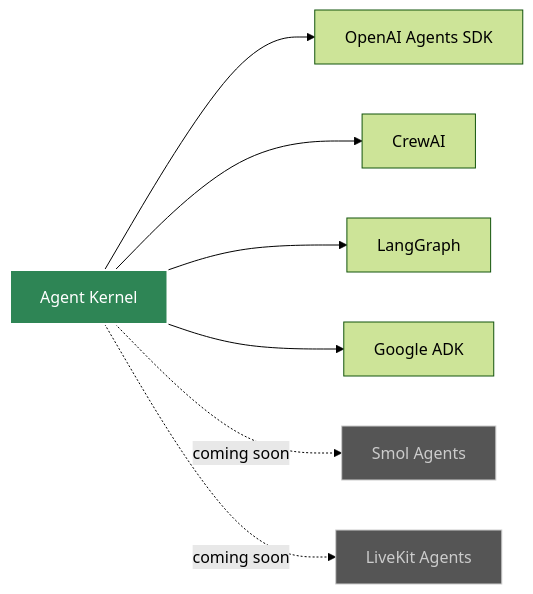
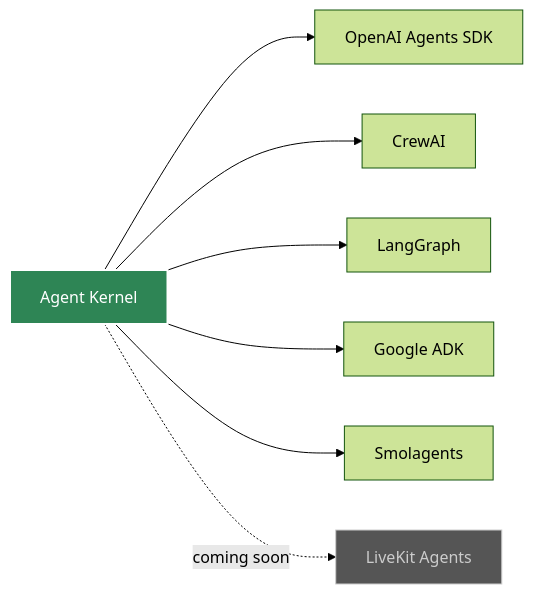
One commit to yaalalabs/agent-kernel changed the diagram in docs/docs/frameworks/overview.md. Above: the diagram before and after it, drawn with Mermaid (forest theme). The commit also changed other lines of this file and 37 other files, not shown here.

````diff
--- a/docs/docs/frameworks/overview.md
+++ b/docs/docs/frameworks/overview.md
@@ -11,13 +11,12 @@
 ```mermaid
 graph LR
     A[Agent Kernel] --> B[OpenAI Agents SDK]
     A --> C[CrewAI]
     A --> D[LangGraph]
     A --> E[Google ADK]
-    A -.->|coming soon| SA[Smol Agents]
+    A --> F[Smolagents]
     A -.->|coming soon| LK[LiveKit Agents]
     
     style A fill:#2e8555,stroke:#fff,stroke-width:2px,color:#fff
-    style SA fill:#555,stroke:#ccc,stroke-width:1px,color:#ccc
     style LK fill:#555,stroke:#ccc,stroke-width:1px,color:#ccc
 ```
````
